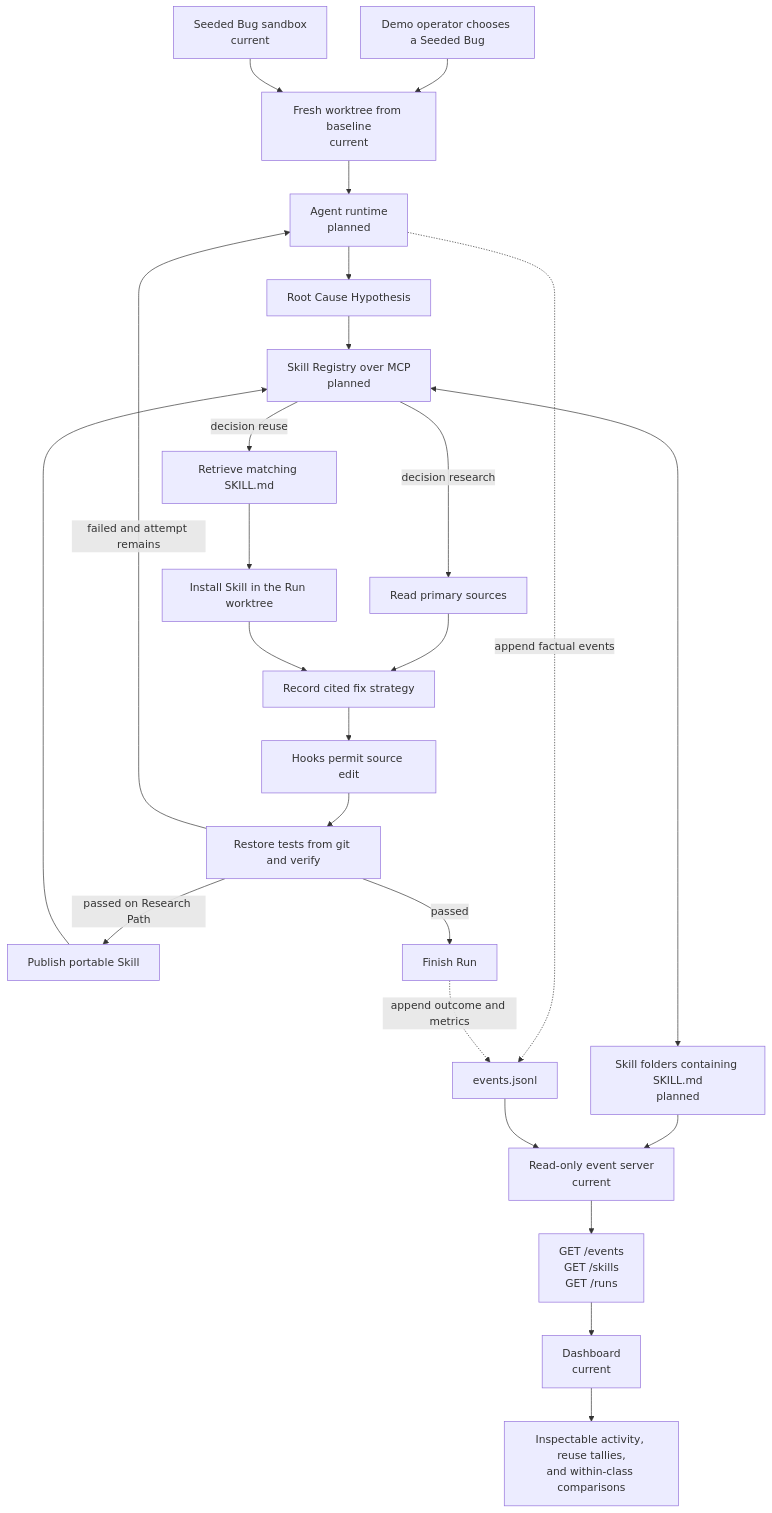
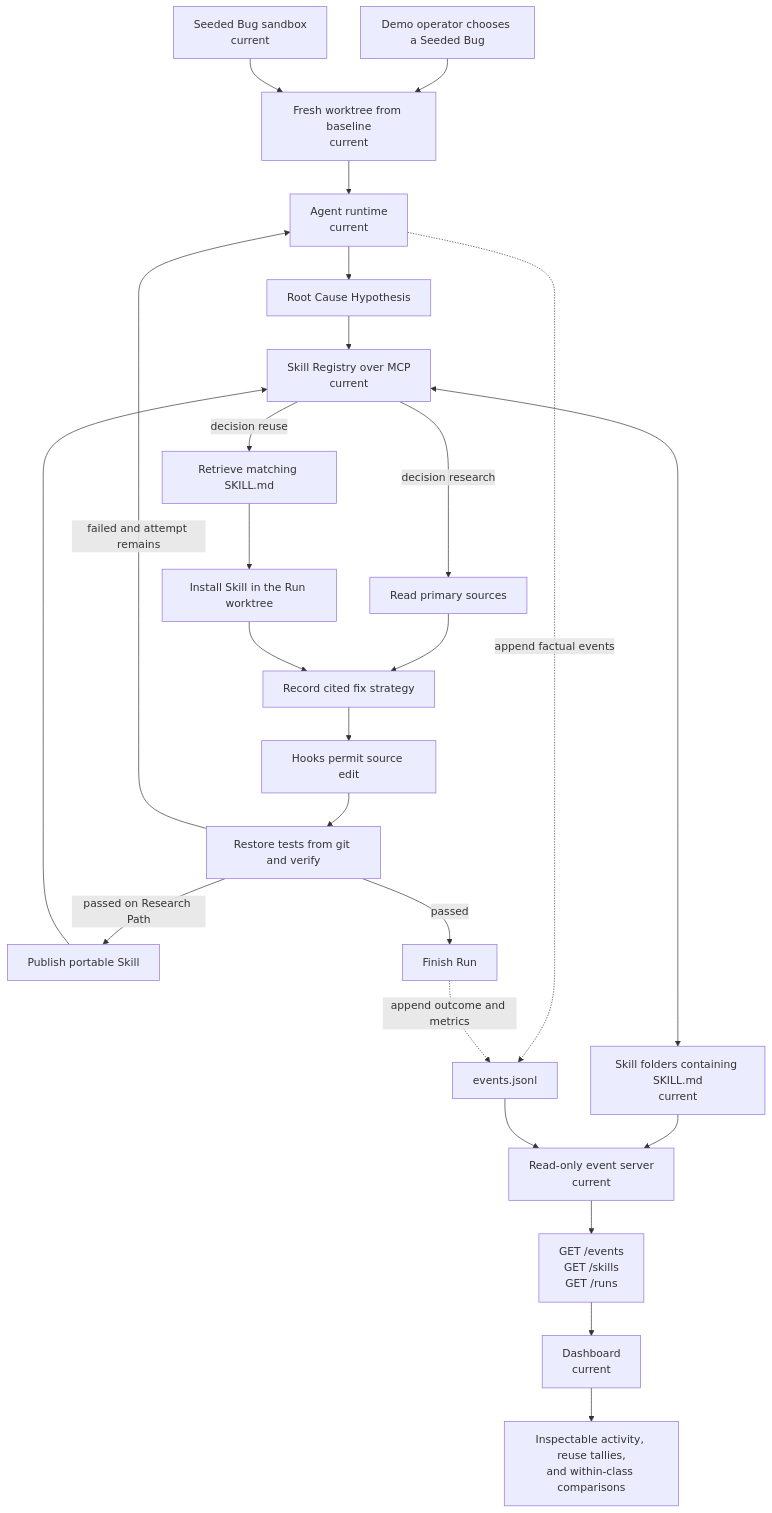
One commit to arnv15/Kintsugi changed the second of 3 diagrams in docs/architecture/README.md. Above: the diagram before and after it, drawn with Mermaid. The commit also changed other lines of this file and 28 other files, not shown here.

Commit message:
Implement isolated agent runtime (#6)

````diff
--- a/docs/architecture/README.md
+++ b/docs/architecture/README.md
@@ -85,30 +85,30 @@
 ```mermaid
 flowchart TD
   operator["Demo operator chooses a Seeded Bug"] --> worktree["Fresh worktree from baseline<br/>current"]
   sandbox["Seeded Bug sandbox<br/>current"] --> worktree
-  worktree --> agent["Agent runtime<br/>planned"]
+  worktree --> agent["Agent runtime<br/>current"]
   agent --> hypothesis["Root Cause Hypothesis"]
-  hypothesis --> registry["Skill Registry over MCP<br/>planned"]
+  hypothesis --> registry["Skill Registry over MCP<br/>current"]
 
   registry -->|decision research| research["Read primary sources"]
   registry -->|decision reuse| retrieved["Retrieve matching SKILL.md"]
   research --> strategy["Record cited fix strategy"]
   retrieved --> install["Install Skill in the Run worktree"]
   install --> strategy
 
   strategy --> edit["Hooks permit source edit"]
   edit --> verify["Restore tests from git and verify"]
   verify -->|failed and attempt remains| agent
   verify -->|passed on Research Path| publish["Publish portable Skill"]
   publish --> registry
   verify -->|passed| finish["Finish Run"]
 
   agent -. "append factual events" .-> log["events.jsonl"]
   finish -. "append outcome and metrics" .-> log
-  registry <--> store["Skill folders containing SKILL.md<br/>planned"]
+  registry <--> store["Skill folders containing SKILL.md<br/>current"]
   store --> eventServer["Read-only event server<br/>current"]
   log --> eventServer
   eventServer --> endpoints["GET /events<br/>GET /skills<br/>GET /runs"]
   endpoints --> dashboard["Dashboard<br/>current"]
   dashboard --> audience["Inspectable activity, reuse tallies,<br/>and within-class comparisons"]
 ```
````
